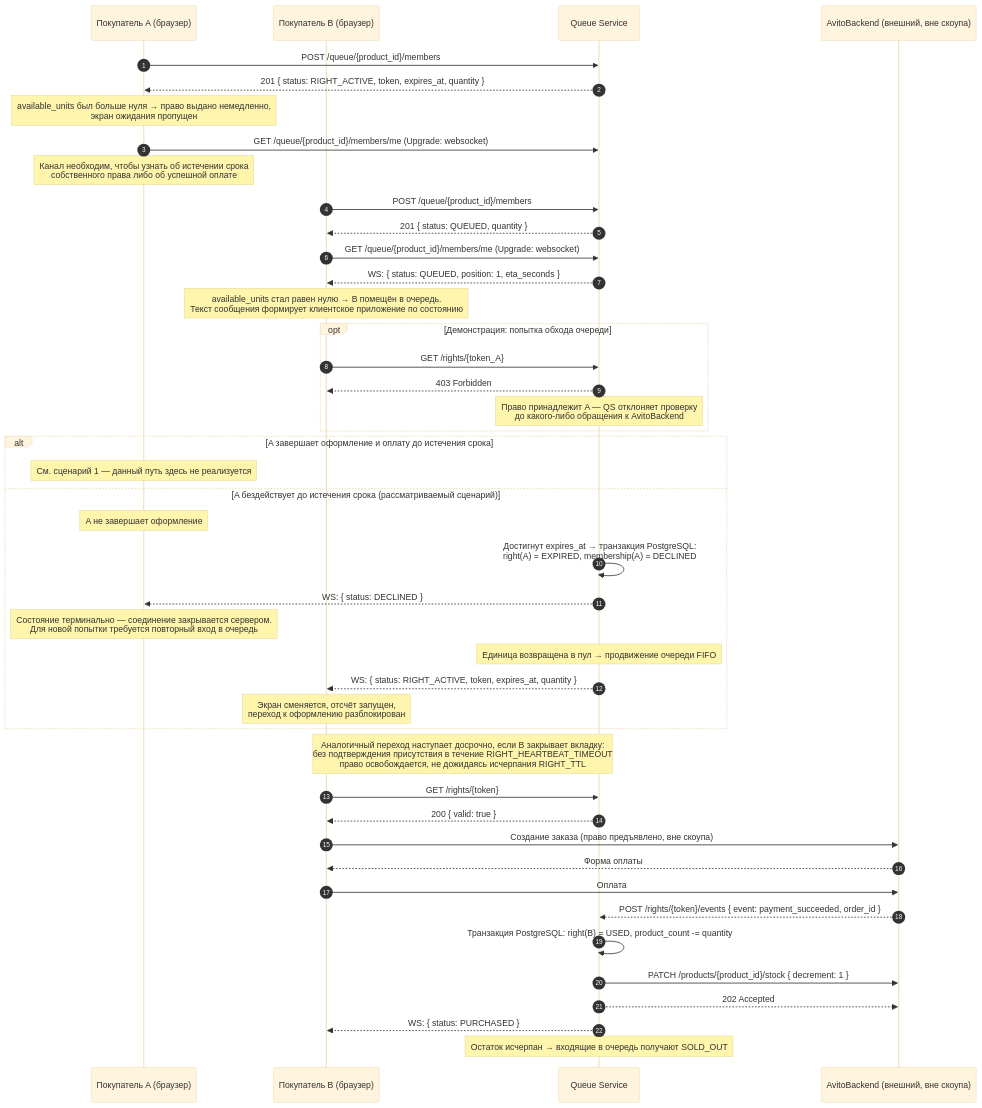
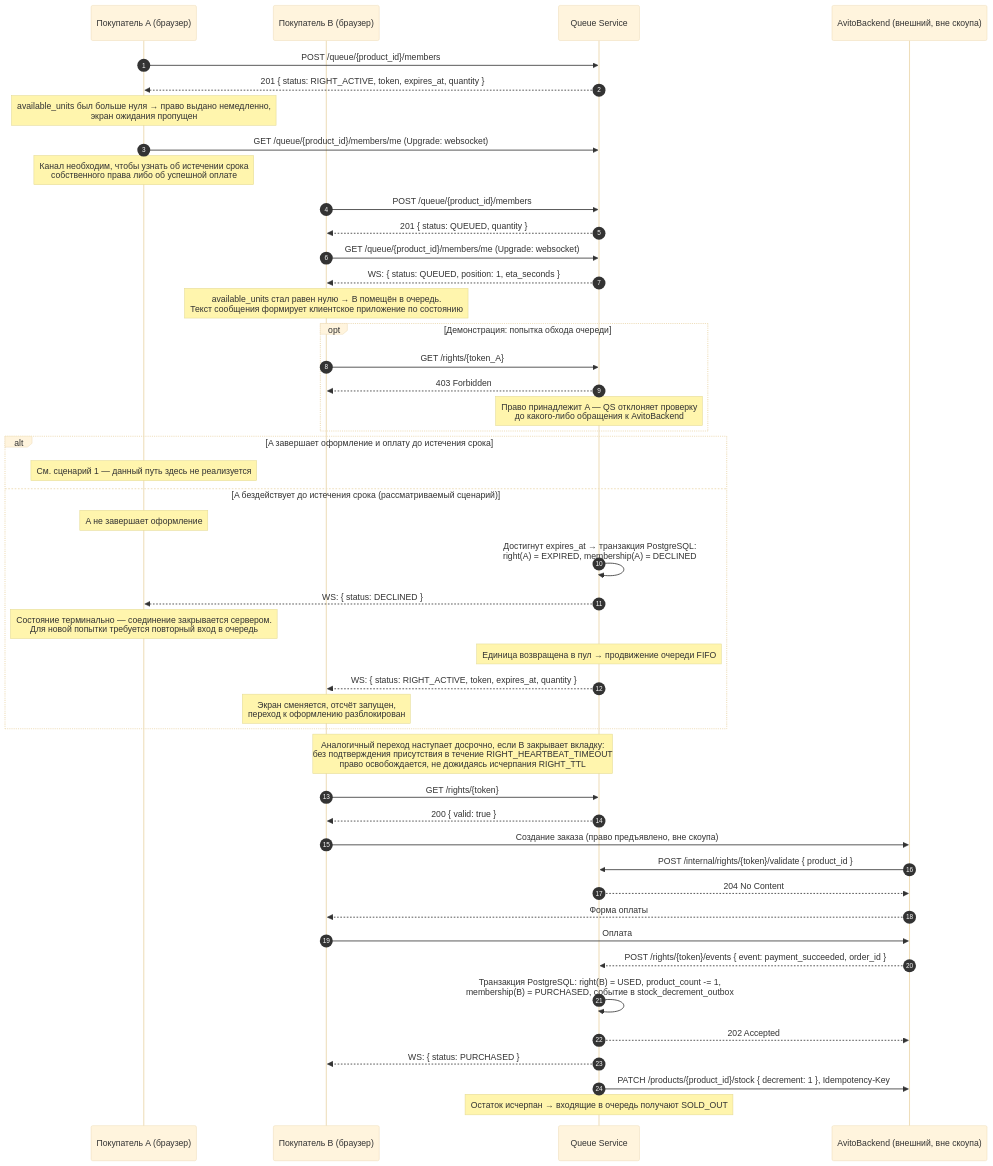
One commit to bigboynixxik/team-10-queue-serivce changed the second of 4 diagrams in docs/diagrams.md. Above: the diagram before and after it, drawn with Mermaid (base theme). The commit also changed other lines of this file and 9 other files, not shown here.

````diff
--- a/docs/diagrams.md
+++ b/docs/diagrams.md
@@ -56,57 +66,59 @@
 ```mermaid
 sequenceDiagram
     autonumber
     participant A as Покупатель A (браузер)
     participant B as Покупатель B (браузер)
     participant QS as Queue Service
     participant AB as AvitoBackend (внешний, вне скоупа)
 
     A->>QS: POST /queue/{product_id}/members
     QS-->>A: 201 { status: RIGHT_ACTIVE, token, expires_at, quantity }
     Note over A: available_units был больше нуля → право выдано немедленно,<br/>экран ожидания пропущен
 
     A->>QS: GET /queue/{product_id}/members/me (Upgrade: websocket)
     Note over A: Канал необходим, чтобы узнать об истечении срока<br/>собственного права либо об успешной оплате
 
     B->>QS: POST /queue/{product_id}/members
     QS-->>B: 201 { status: QUEUED, quantity }
     B->>QS: GET /queue/{product_id}/members/me (Upgrade: websocket)
     QS-->>B: WS: { status: QUEUED, position: 1, eta_seconds }
     Note over B: available_units стал равен нулю → B помещён в очередь.<br/>Текст сообщения формирует клиентское приложение по состоянию
 
     opt Демонстрация: попытка обхода очереди
         B->>QS: GET /rights/{token_A}
         QS-->>B: 403 Forbidden
         Note over QS: Право принадлежит A — QS отклоняет проверку<br/>до какого-либо обращения к AvitoBackend
     end
 
     alt A завершает оформление и оплату до истечения срока
         Note over A: См. сценарий 1 — данный путь здесь не реализуется
     else A бездействует до истечения срока (рассматриваемый сценарий)
         Note over A: A не завершает оформление
 
         QS->>QS: Достигнут expires_at → транзакция PostgreSQL:<br/>right(A) = EXPIRED, membership(A) = DECLINED
         QS-->>A: WS: { status: DECLINED }
         Note over A: Состояние терминально — соединение закрывается сервером.<br/>Для новой попытки требуется повторный вход в очередь
 
         Note over QS: Единица возвращена в пул → продвижение очереди FIFO
         QS-->>B: WS: { status: RIGHT_ACTIVE, token, expires_at, quantity }
         Note over B: Экран сменяется, отсчёт запущен,<br/>переход к оформлению разблокирован
     end
 
     Note over QS,B: Аналогичный переход наступает досрочно, если B закрывает вкладку:<br/>без подтверждения присутствия в течение RIGHT_HEARTBEAT_TIMEOUT<br/>право освобождается, не дожидаясь исчерпания RIGHT_TTL
 
     B->>QS: GET /rights/{token}
     QS-->>B: 200 { valid: true }
 
     B->>AB: Создание заказа (право предъявлено, вне скоупа)
+    AB->>QS: POST /internal/rights/{token}/validate { product_id }
+    QS-->>AB: 204 No Content
     AB-->>B: Форма оплаты
     B->>AB: Оплата
     AB-->>QS: POST /rights/{token}/events { event: payment_succeeded, order_id }
 
-    QS->>QS: Транзакция PostgreSQL: right(B) = USED, product_count -= quantity
-    QS->>AB: PATCH /products/{product_id}/stock { decrement: 1 }
+    QS->>QS: Транзакция PostgreSQL: right(B) = USED, product_count -= 1,<br/>membership(B) = PURCHASED, событие в stock_decrement_outbox
     QS-->>AB: 202 Accepted
     QS-->>B: WS: { status: PURCHASED }
+    QS->>AB: PATCH /products/{product_id}/stock { decrement: 1 }, Idempotency-Key
     Note over QS: Остаток исчерпан → входящие в очередь получают SOLD_OUT
 ```
````
